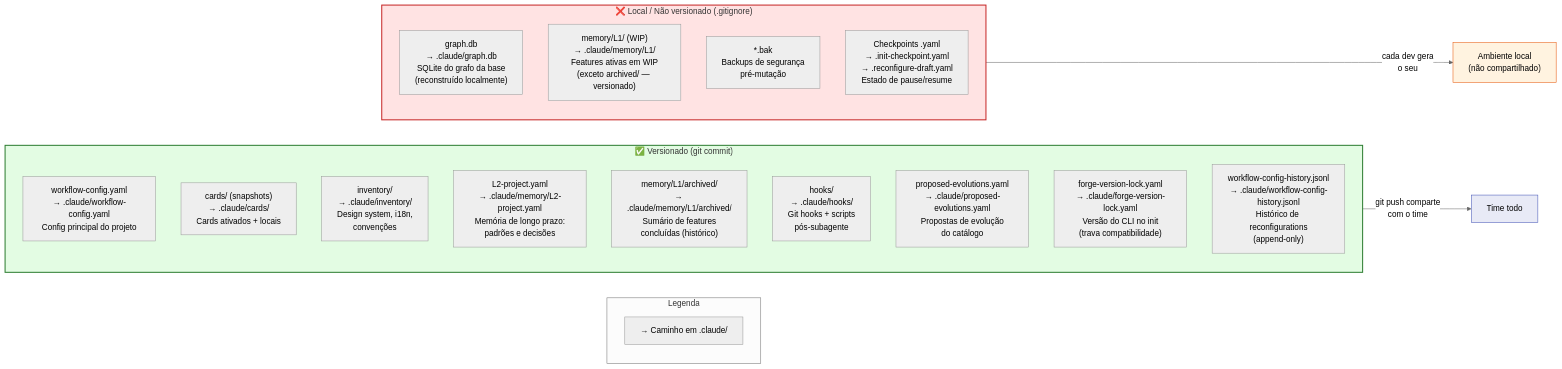
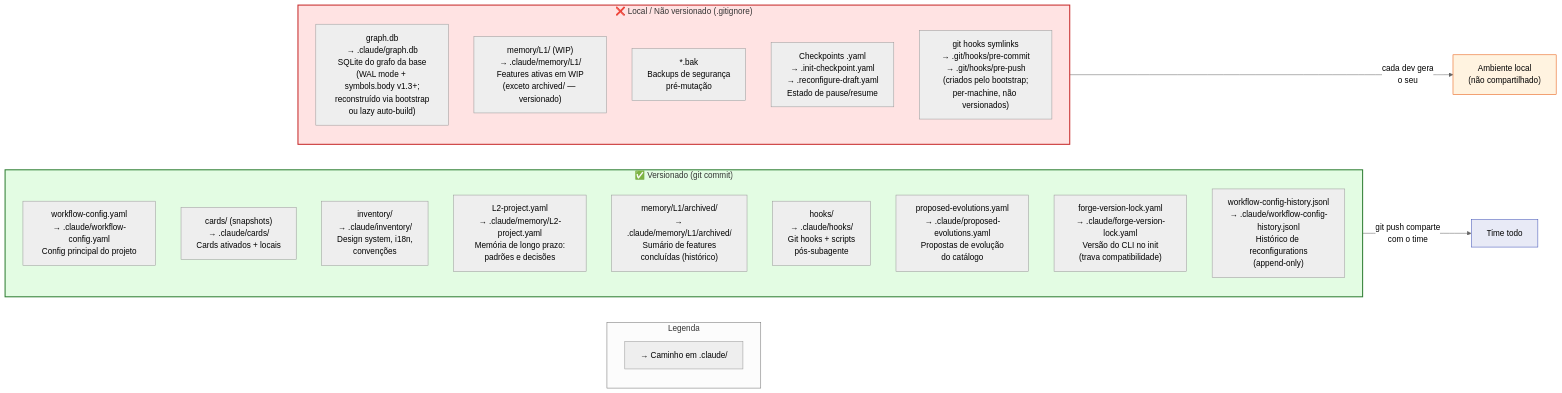
One commit to thgMatajs/feature-forge changed the diagram in docs/diagrams/files-versioned-vs-local.mermaid. Above: the diagram before and after it, drawn with Mermaid (neutral theme). The commit also changed 52 other files, not shown here.

First line of the commit message:
feat(graph-ia): v1.3.0 — graph evolution + master-review fix-pack (PR #16)

```diff
--- a/docs/diagrams/files-versioned-vs-local.mermaid
+++ b/docs/diagrams/files-versioned-vs-local.mermaid
@@ -1,33 +1,34 @@
 flowchart LR
     subgraph LEGACY["Legenda"]
         L_DIR["→ Caminho em .claude/"]
     end
 
     subgraph VERSIONADO["✅ Versionado (git commit)"]
         direction TB
         V1["workflow-config.yaml<br/>→ .claude/workflow-config.yaml<br/>Config principal do projeto"]
         V2["cards/ (snapshots)<br/>→ .claude/cards/<br/>Cards ativados + locais"]
         V3["inventory/<br/>→ .claude/inventory/<br/>Design system, i18n,<br/>convenções"]
         V4["L2-project.yaml<br/>→ .claude/memory/L2-project.yaml<br/>Memória de longo prazo:<br/>padrões e decisões"]
         V5["memory/L1/archived/<br/>→ .claude/memory/L1/archived/<br/>Sumário de features<br/>concluídas (histórico)"]
         V6["hooks/<br/>→ .claude/hooks/<br/>Git hooks + scripts<br/>pós-subagente"]
         V7["proposed-evolutions.yaml<br/>→ .claude/proposed-evolutions.yaml<br/>Propostas de evolução<br/>do catálogo"]
         V8["forge-version-lock.yaml<br/>→ .claude/forge-version-lock.yaml<br/>Versão do CLI no init<br/>(trava compatibilidade)"]
         V9["workflow-config-history.jsonl<br/>→ .claude/workflow-config-history.jsonl<br/>Histórico de reconfigurations<br/>(append-only)"]
     end
 
     subgraph LOCAL["❌ Local / Não versionado (.gitignore)"]
         direction TB
-        L1["graph.db<br/>→ .claude/graph.db<br/>SQLite do grafo da base<br/>(reconstruído localmente)"]
+        L1["graph.db<br/>→ .claude/graph.db<br/>SQLite do grafo da base<br/>(WAL mode + symbols.body v1.3+;<br/>reconstruído via bootstrap<br/>ou lazy auto-build)"]
         L2["memory/L1/ (WIP)<br/>→ .claude/memory/L1/<br/>Features ativas em WIP<br/>(exceto archived/ — versionado)"]
         L3["*.bak<br/>Backups de segurança<br/>pré-mutação"]
         L4["Checkpoints .yaml<br/>→ .init-checkpoint.yaml<br/>→ .reconfigure-draft.yaml<br/>Estado de pause/resume"]
+        L5["git hooks symlinks<br/>→ .git/hooks/pre-commit<br/>→ .git/hooks/pre-push<br/>(criados pelo bootstrap;<br/>per-machine, não versionados)"]
     end
 
     VERSIONADO -->|"git push comparte<br/>com o time"| TIME["Time todo"]
     LOCAL -->|"cada dev gera<br/>o seu"| LOCAL_DEV["Ambiente local<br/>(não compartilhado)"]
 
     style VERSIONADO fill:#e3fce3,stroke:#2e7d32,stroke-width:2px
     style LOCAL fill:#ffe3e3,stroke:#c62828,stroke-width:2px
     style TIME fill:#e8eaf6,stroke:#3f51b5
     style LOCAL_DEV fill:#fff3e0,stroke:#e65100
```
